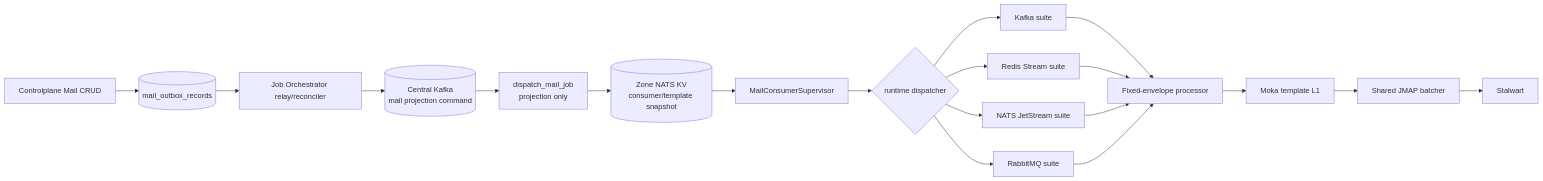
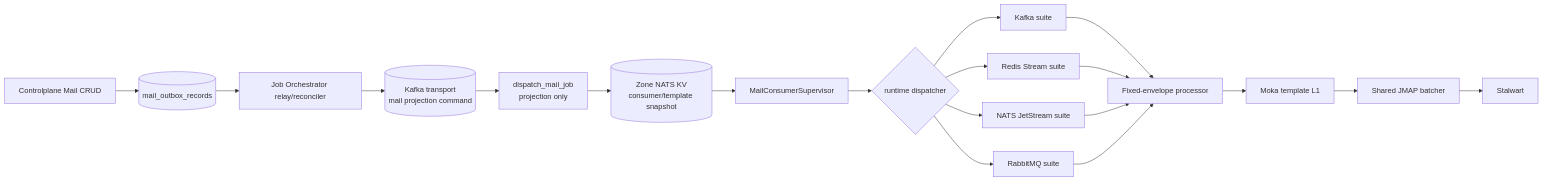
The diagram in god_view/mail/dataplane_broker_mail_execution_god_view.md (phucle996/aurora), drawn with Mermaid before and after one commit. The commit also changed other lines of this file and 137 other files, not shown here.

````diff
--- a/god_view/mail/dataplane_broker_mail_execution_god_view.md
+++ b/god_view/mail/dataplane_broker_mail_execution_god_view.md
@@ -25,23 +25,23 @@
 ```mermaid
 flowchart LR
     CP[Controlplane Mail CRUD] --> O[(mail_outbox_records)]
     O --> JO[Job Orchestrator relay/reconciler]
-    JO --> RJ[(Central Kafka<br/>mail projection command)]
+    JO --> RJ[(Kafka transport<br/>mail projection command)]
     RJ --> PJ[dispatch_mail_job<br/>projection only]
     PJ --> KV[(Zone NATS KV<br/>consumer/template snapshot)]
 
     KV --> SUP[MailConsumerSupervisor]
     SUP --> DISP{runtime dispatcher}
     DISP --> K[Kafka suite]
     DISP --> R[Redis Stream suite]
     DISP --> N[NATS JetStream suite]
     DISP --> Q[RabbitMQ suite]
 
     K --> P[Fixed-envelope processor]
     R --> P
     N --> P
     Q --> P
     P --> TL1[Moka template L1]
     TL1 --> B[Shared JMAP batcher]
     B --> S[Stalwart]
 ```
````
